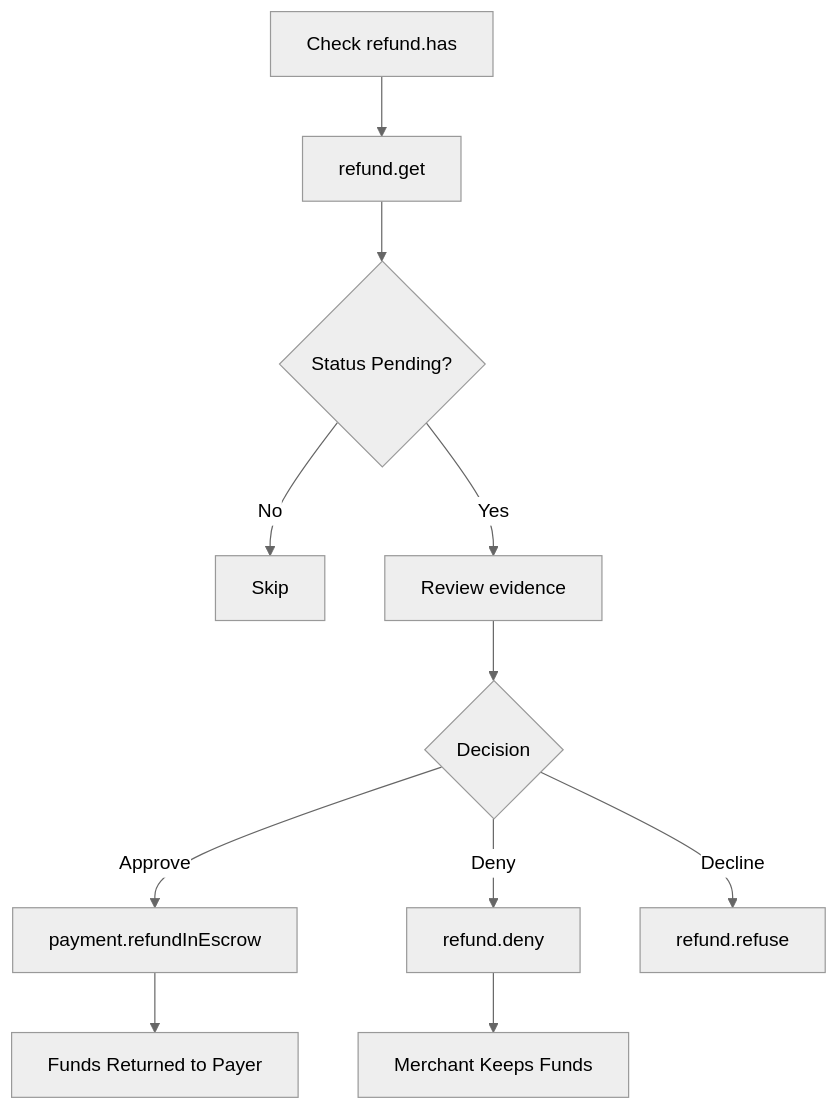
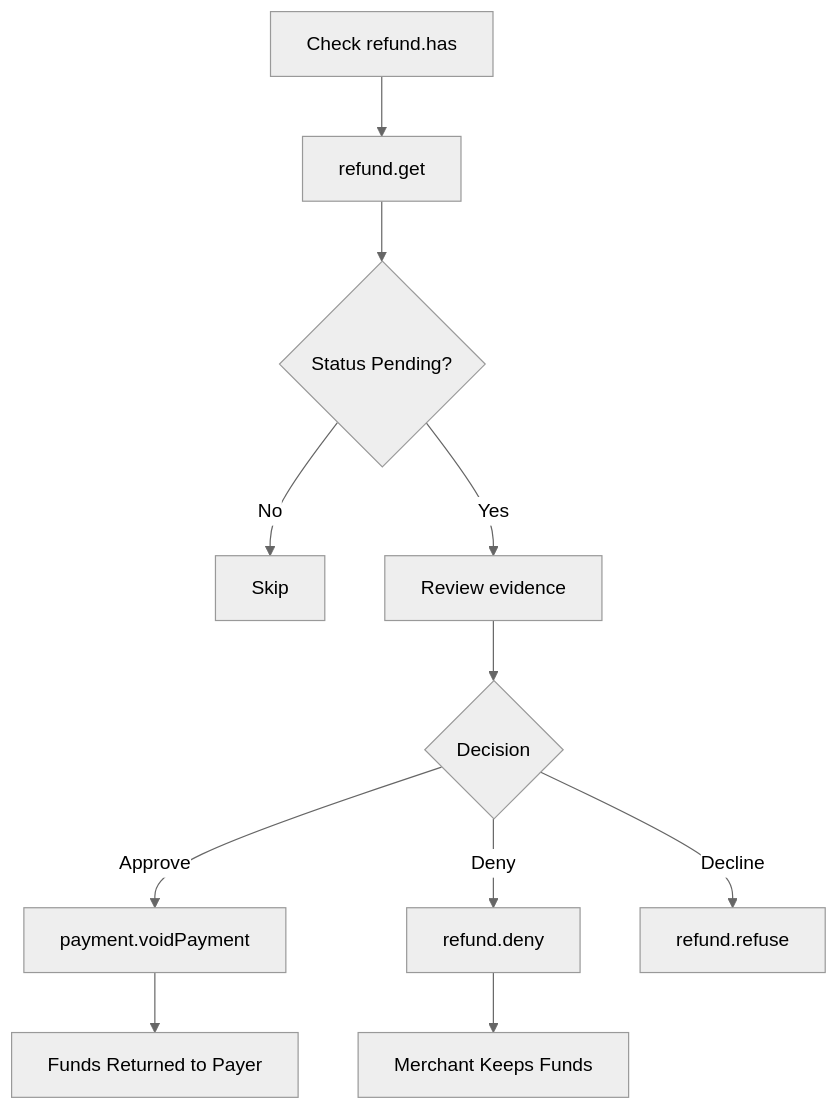
One commit to BackTrackCo/docs changed the diagram in sdk/arbiter/decision-submission.mdx. Above: the diagram before and after it, drawn with Mermaid (neutral theme). The commit also changed other lines of this file and 31 other files, not shown here.

````diff
--- a/sdk/arbiter/decision-submission.mdx
+++ b/sdk/arbiter/decision-submission.mdx
@@ -181,13 +181,13 @@
 ```mermaid
 flowchart TD
     A[Check refund.has] --> B[refund.get]
     B --> C{Status Pending?}
     C -->|No| D[Skip]
     C -->|Yes| E[Review evidence]
     E --> F{Decision}
-    F -->|Approve| G[payment.refundInEscrow]
+    F -->|Approve| G[payment.voidPayment]
     F -->|Deny| H[refund.deny]
     F -->|Decline| I[refund.refuse]
     G --> J[Funds Returned to Payer]
     H --> K[Merchant Keeps Funds]
 ```
````
